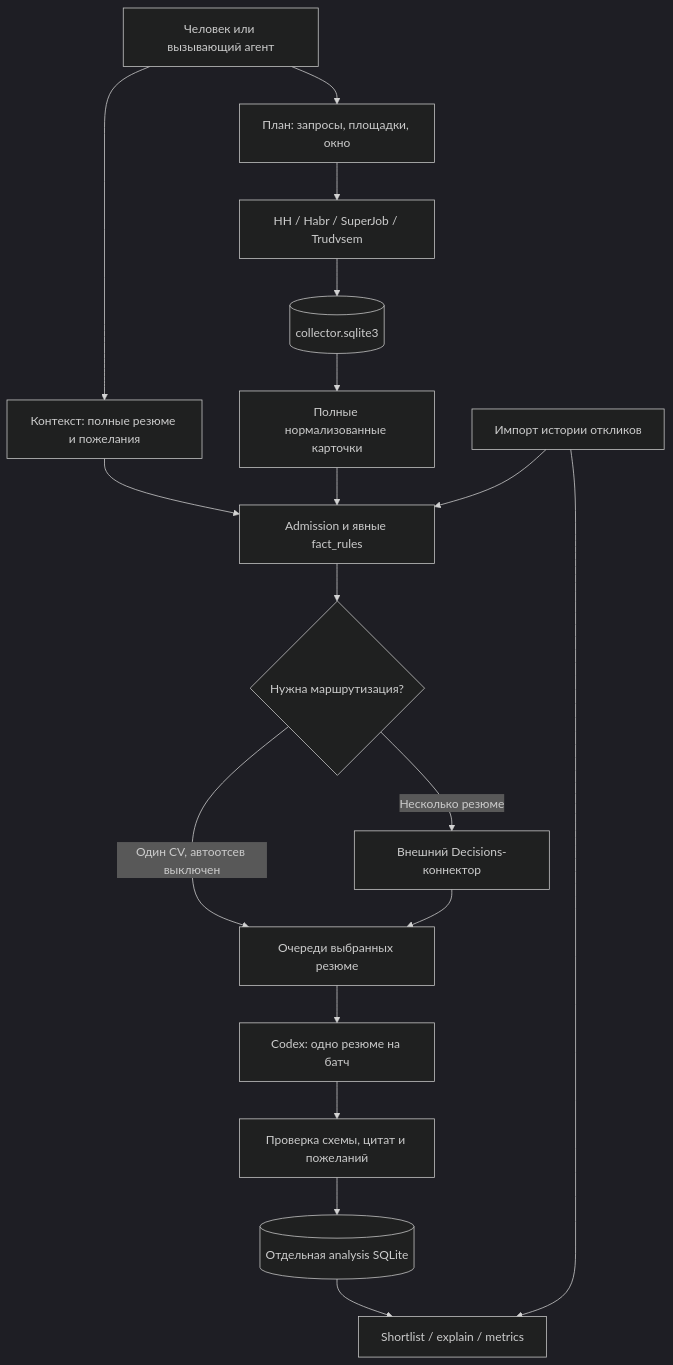
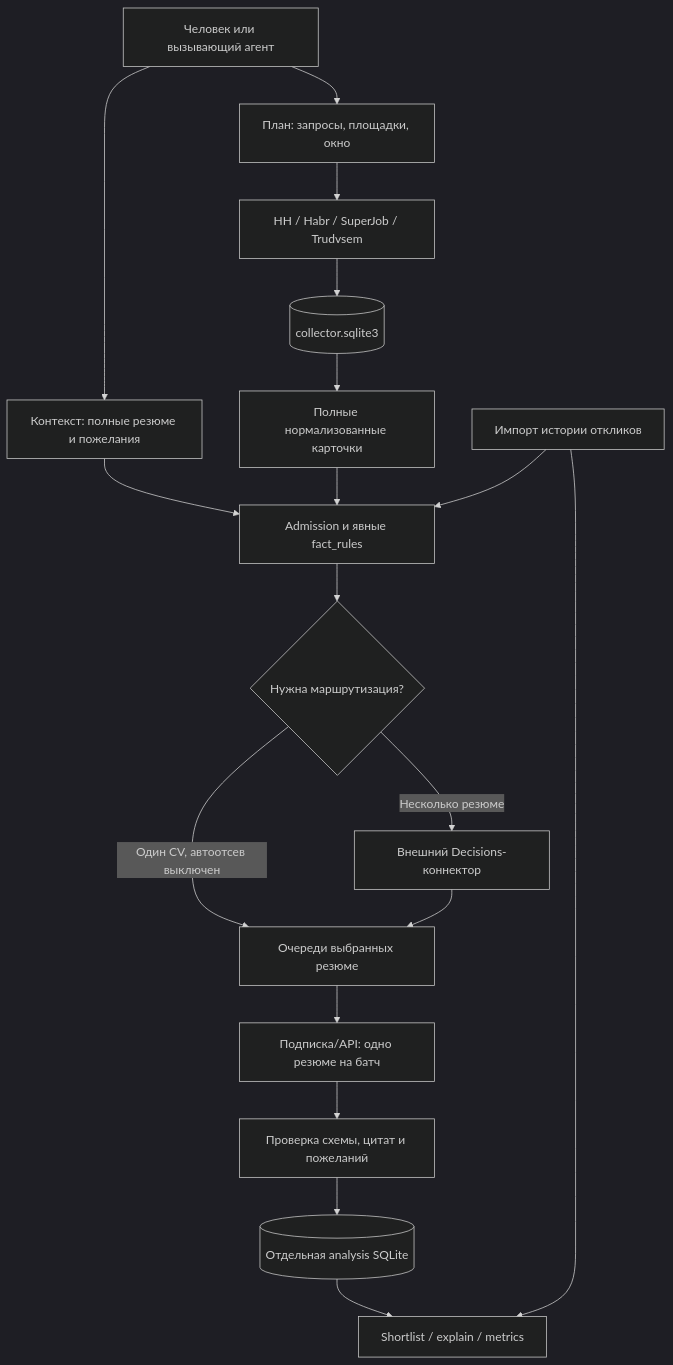
The diagram in docs/architecture.md (timsmykov/career-scout), drawn with Mermaid (dark theme) before and after one commit. The commit also changed other lines of this file and 30 other files, not shown here.

````diff
--- a/docs/architecture.md
+++ b/docs/architecture.md
@@ -10,20 +10,20 @@
 ```mermaid
 flowchart TD
     A[Человек или вызывающий агент] --> C[Контекст: полные резюме и пожелания]
     A --> P[План: запросы, площадки, окно]
     P --> H[HH / Habr / SuperJob / Trudvsem]
     H --> S[(collector.sqlite3)]
     S --> N[Полные нормализованные карточки]
     C --> Q[Admission и явные fact_rules]
     N --> Q
     Q --> R{Нужна маршрутизация?}
     R -->|Несколько резюме| D[Внешний Decisions-коннектор]
     R -->|Один CV, автоотсев выключен| W[Очереди выбранных резюме]
     D --> W
-    W --> E[Codex: одно резюме на батч]
+    W --> E[Подписка/API: одно резюме на батч]
     E --> V[Проверка схемы, цитат и пожеланий]
     V --> B[(Отдельная analysis SQLite)]
     B --> L[Shortlist / explain / metrics]
     I[Импорт истории откликов] --> Q
     I --> L
 ```
````
